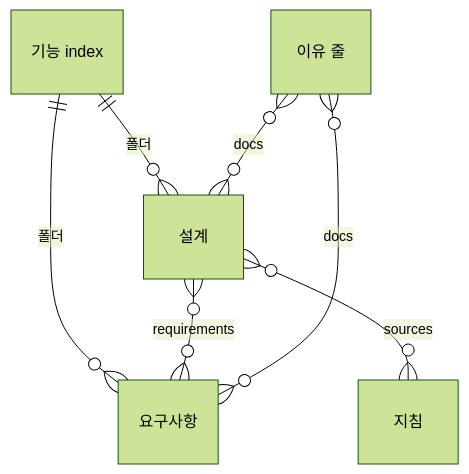
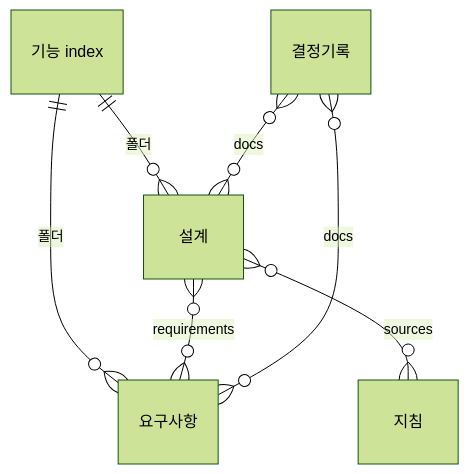
The first of 3 diagrams in .gitifact/spec/specification/design/overview.md (dev-goraebap/gitifact), drawn with Mermaid (forest theme) before and after one commit. The commit also changed other lines of this file and 112 other files, not shown here.

````diff
--- a/.gitifact/spec/specification/design/overview.md
+++ b/.gitifact/spec/specification/design/overview.md
@@ -36,14 +38,14 @@
 ```mermaid
 erDiagram
   FEATURE["기능 index"]
   REQUIREMENT["요구사항"]
   DESIGN["설계"]
   INSTRUCTION["지침"]
-  REASON["이유 줄"]
+  RECORD["결정기록"]
   FEATURE ||--o{ REQUIREMENT : "폴더"
   FEATURE ||--o{ DESIGN : "폴더"
   DESIGN }o--o{ REQUIREMENT : "requirements"
   DESIGN }o--o{ INSTRUCTION : "sources"
-  REASON }o--o{ REQUIREMENT : "docs"
-  REASON }o--o{ DESIGN : "docs"
+  RECORD }o--o{ REQUIREMENT : "docs"
+  RECORD }o--o{ DESIGN : "docs"
 ```
````
